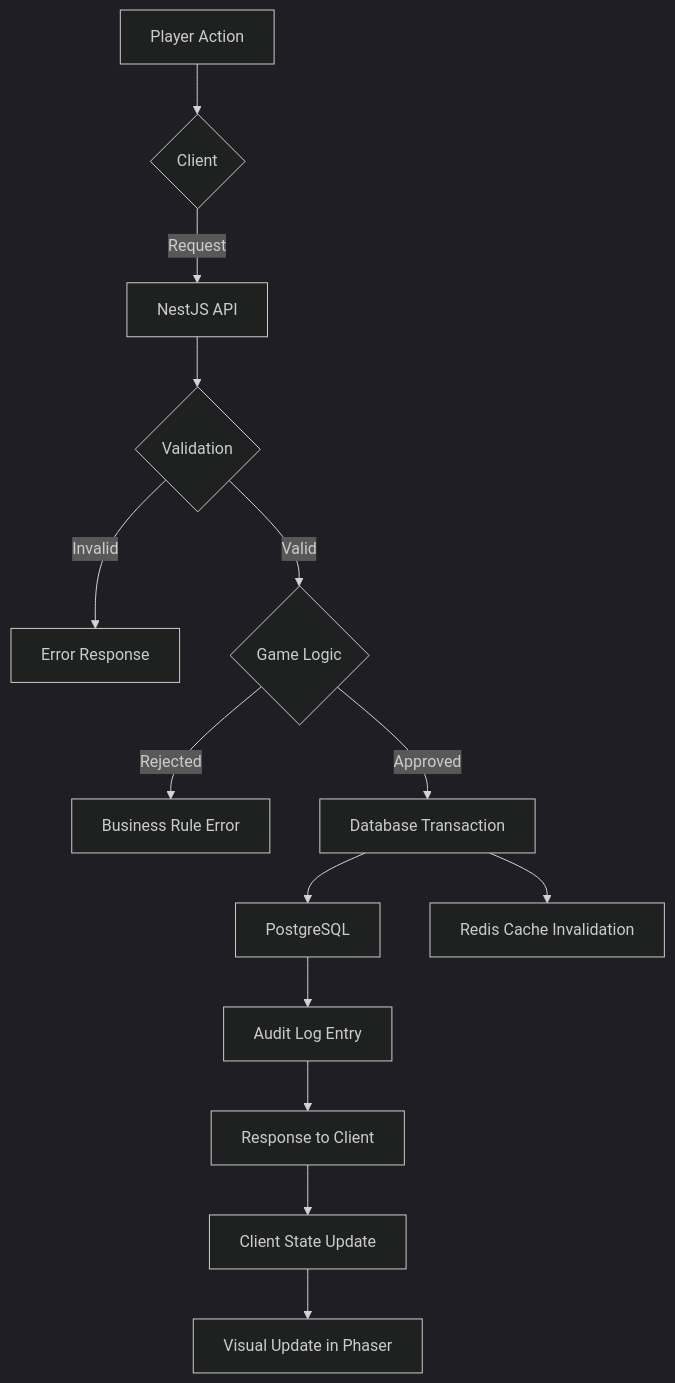
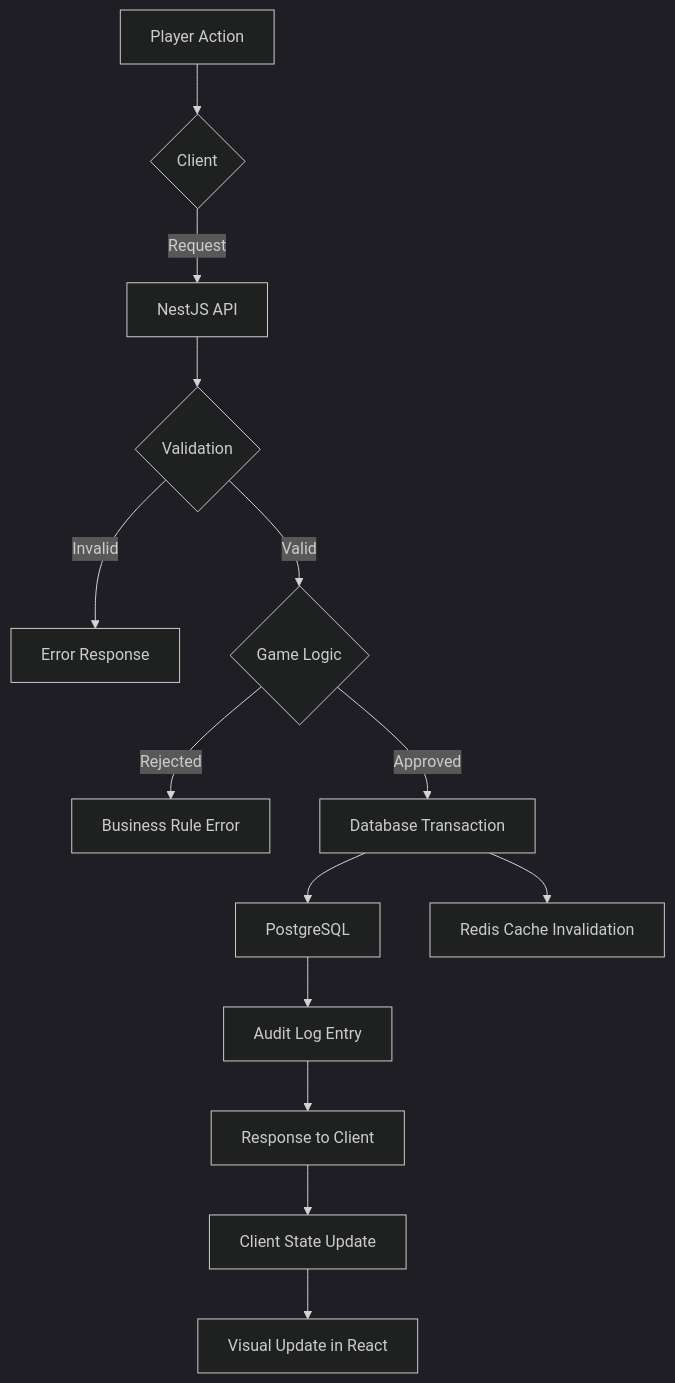
One commit to TheDonCipher/Molemisi changed the fourth of 5 diagrams in docs/02_System_Architecture_Specification.md. Above: the diagram before and after it, drawn with Mermaid (dark theme). The commit also changed other lines of this file and 17 other files, not shown here.

````diff
--- a/docs/02_System_Architecture_Specification.md
+++ b/docs/02_System_Architecture_Specification.md
@@ -788,16 +788,16 @@
 ```mermaid
 flowchart TD
     A[Player Action] --> B{Client}
     B -->|Request| C[NestJS API]
     C --> D{Validation}
     D -->|Invalid| E[Error Response]
     D -->|Valid| F{Game Logic}
     F -->|Rejected| G[Business Rule Error]
     F -->|Approved| H[Database Transaction]
     H --> I[PostgreSQL]
     H --> J[Redis Cache Invalidation]
     I --> K[Audit Log Entry]
     K --> L[Response to Client]
     L --> M[Client State Update]
-    M --> N[Visual Update in Phaser]
+    M --> N[Visual Update in React]
 ```
````
